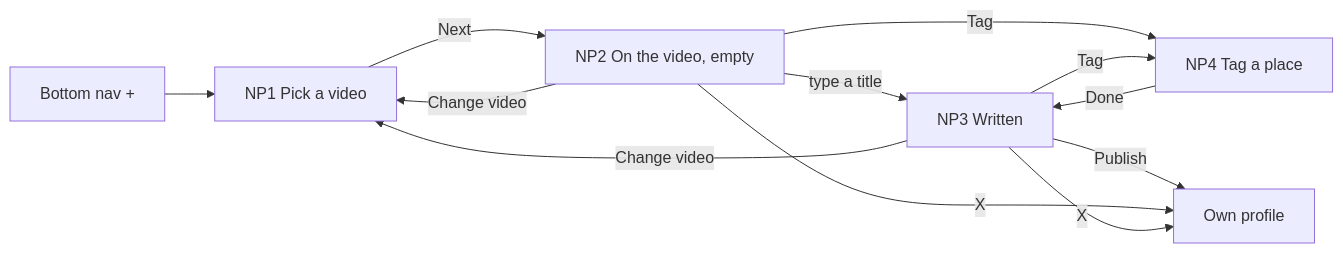
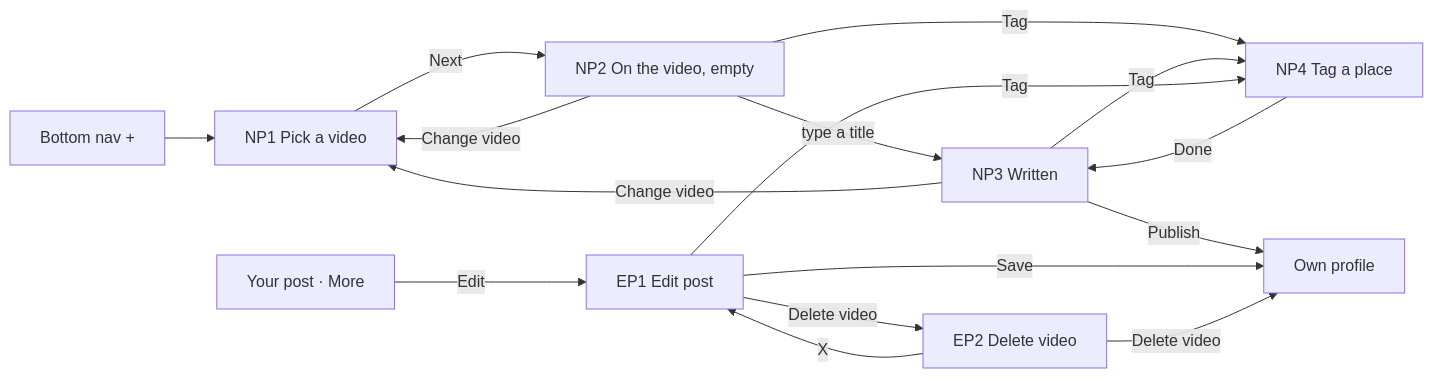
One commit to VladRachita/merg-harness-test changed the diagram in design-handoff/docs/17-new-post.md. Above: the diagram before and after it, drawn with Mermaid. The commit also changed other lines of this file and 23 other files, not shown here.

First line of the commit message:
Add Edit post and Delete video, drop the New post open questions

````diff
--- a/design-handoff/docs/17-new-post.md
+++ b/design-handoff/docs/17-new-post.md
@@ -33,11 +38,16 @@
 ```mermaid
 flowchart LR
   NAV[Bottom nav +] --> NP1[NP1 Pick a video]
   NP1 -- Next --> NP2[NP2 On the video, empty]
   NP2 -- type a title --> NP3[NP3 Written]
   NP2 & NP3 -- Tag --> NP4[NP4 Tag a place]
   NP4 -- Done --> NP3
   NP2 & NP3 -- Change video --> NP1
   NP3 -- Publish --> PROF[Own profile]
-  NP2 & NP3 -- X --> PROF
+  POST[Your post · More] -- Edit --> EP1[EP1 Edit post]
+  EP1 -- Tag --> NP4
+  EP1 -- Save --> PROF
+  EP1 -- Delete video --> EP2[EP2 Delete video]
+  EP2 -- Delete video --> PROF
+  EP2 -- X --> EP1
 ```
````
